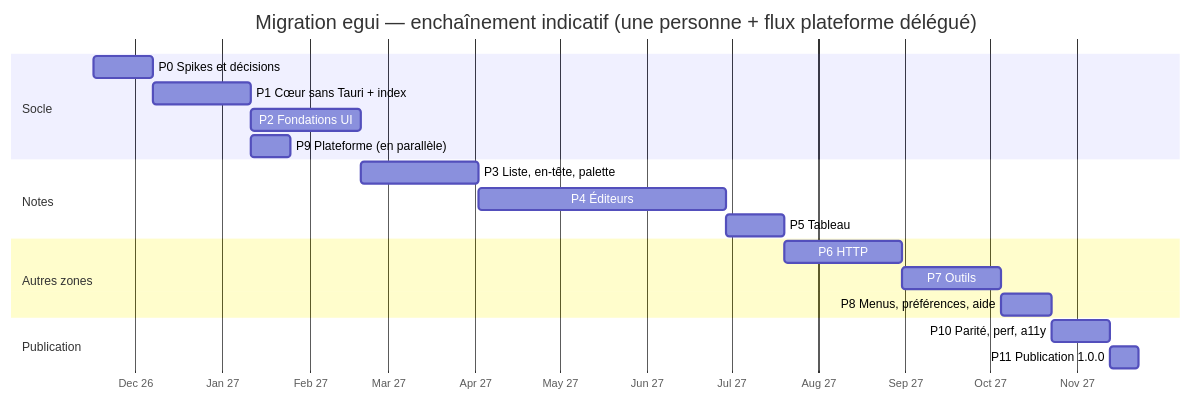
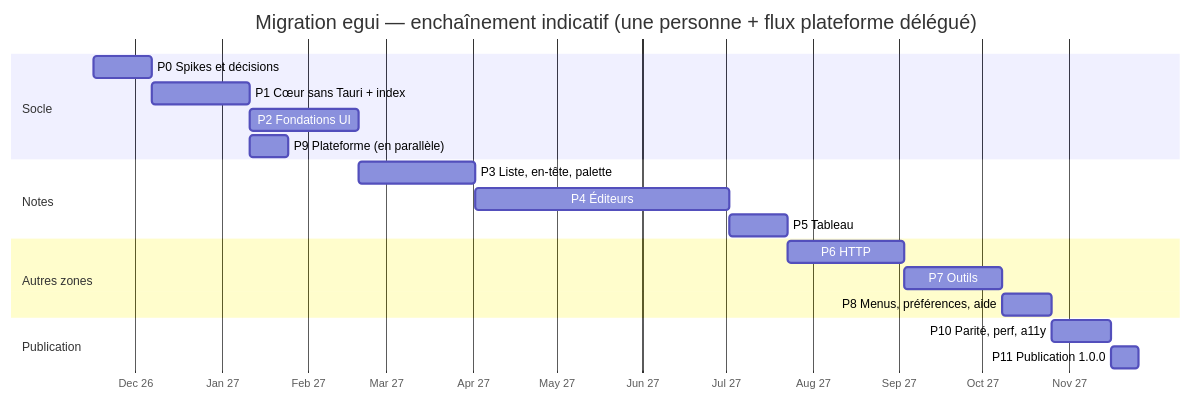
One commit to vmillet-dev/devnotes-rs changed the seventh of 7 diagrams in docs/egui-migration-plan.md. Above: the diagram before and after it, drawn with Mermaid. The commit also changed other lines of this file and 10 other files, not shown here.

````diff
--- a/docs/egui-migration-plan.md
+++ b/docs/egui-migration-plan.md
@@ -1395,22 +1436,22 @@
 ```mermaid
 gantt
   title Migration egui — enchaînement indicatif (une personne + flux plateforme délégué)
   dateFormat YYYY-MM-DD
   axisFormat %b %y
   section Socle
   P0 Spikes et décisions          :p0, 2026-11-16, 21d
   P1 Cœur sans Tauri + index      :p1, after p0, 35d
   P2 Fondations UI                :p2, after p1, 39d
   P9 Plateforme (en parallèle)    :p9, after p1, 14d
   section Notes
   P3 Liste, en-tête, palette      :p3, after p2, 42d
-  P4 Éditeurs                     :p4, after p3, 88d
+  P4 Éditeurs                     :p4, after p3, 91d
   P5 Tableau                      :p5, after p4, 21d
   section Autres zones
   P6 HTTP                         :p6, after p5, 42d
   P7 Outils                       :p7, after p6, 35d
   P8 Menus, préférences, aide     :p8, after p7, 18d
   section Publication
   P10 Parité, perf, a11y          :p10, after p8, 21d
   P11 Publication 1.0.0           :p11, after p10, 10d
 ```
````
